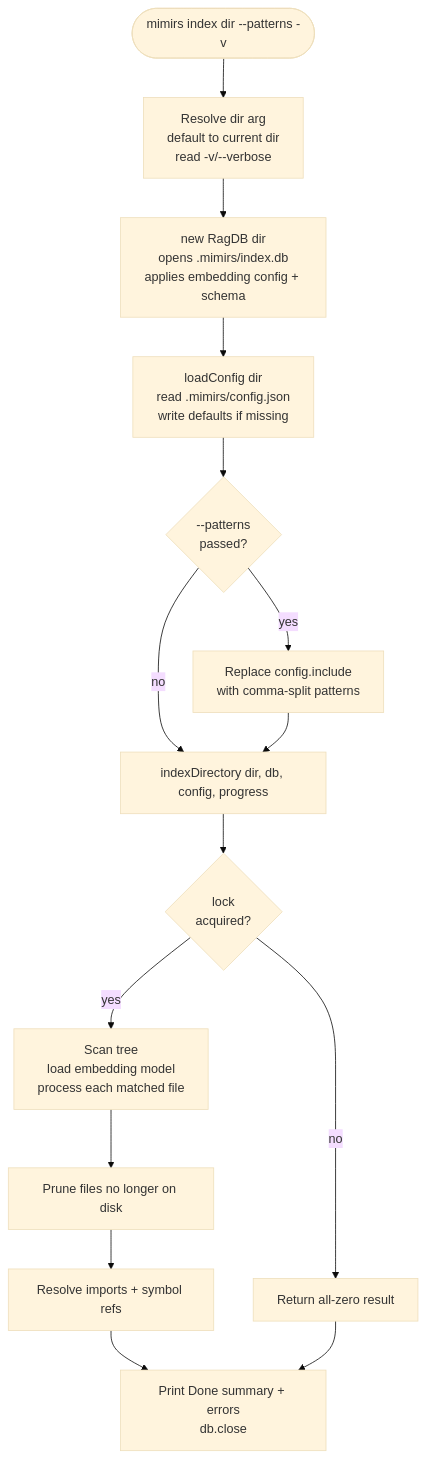
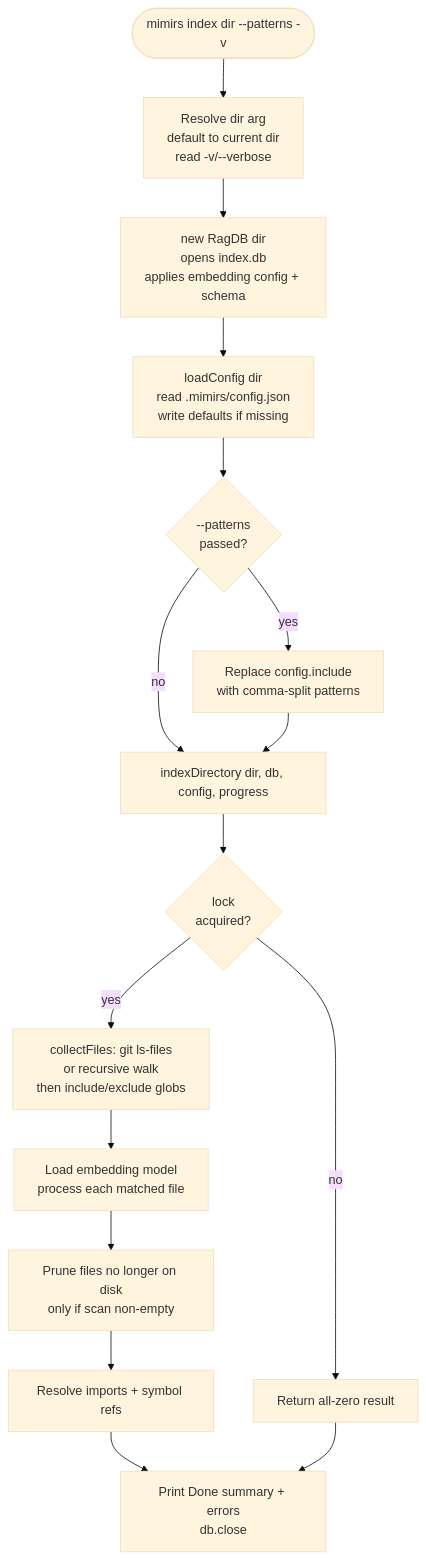
The diagram in wiki/cli/index.md (TheWinci/mimirs), drawn with Mermaid (base theme) before and after one commit. The commit also changed other lines of this file and 51 other files, not shown here.

````diff
--- a/wiki/cli/index.md
+++ b/wiki/cli/index.md
@@ -11,17 +11,18 @@
 ```mermaid
 flowchart TD
-    start([mimirs index dir --patterns -v]) --> resolveDir[Resolve dir arg<br>default to current dir<br>read -v/--verbose]
-    resolveDir --> openDB[new RagDB dir<br>opens .mimirs/index.db<br>applies embedding config + schema]
+    startNode([mimirs index dir --patterns -v]) --> resolveDir[Resolve dir arg<br>default to current dir<br>read -v/--verbose]
+    resolveDir --> openDB[new RagDB dir<br>opens index.db<br>applies embedding config + schema]
     openDB --> cfg[loadConfig dir<br>read .mimirs/config.json<br>write defaults if missing]
     cfg --> patternsCheck{--patterns<br>passed?}
     patternsCheck -- yes --> override[Replace config.include<br>with comma-split patterns]
     patternsCheck -- no --> runIdx
     override --> runIdx[indexDirectory dir, db, config, progress]
     runIdx --> locked{lock<br>acquired?}
     locked -- no --> zero[Return all-zero result]
-    locked -- yes --> scan[Scan tree<br>load embedding model<br>process each matched file]
-    scan --> prune[Prune files no longer on disk]
+    locked -- yes --> scan[collectFiles: git ls-files<br>or recursive walk<br>then include/exclude globs]
+    scan --> model[Load embedding model<br>process each matched file]
+    model --> prune[Prune files no longer on disk<br>only if scan non-empty]
     prune --> resolveStep[Resolve imports + symbol refs]
     resolveStep --> summary
     zero --> summary[Print Done summary + errors<br>db.close]
 ```
````
